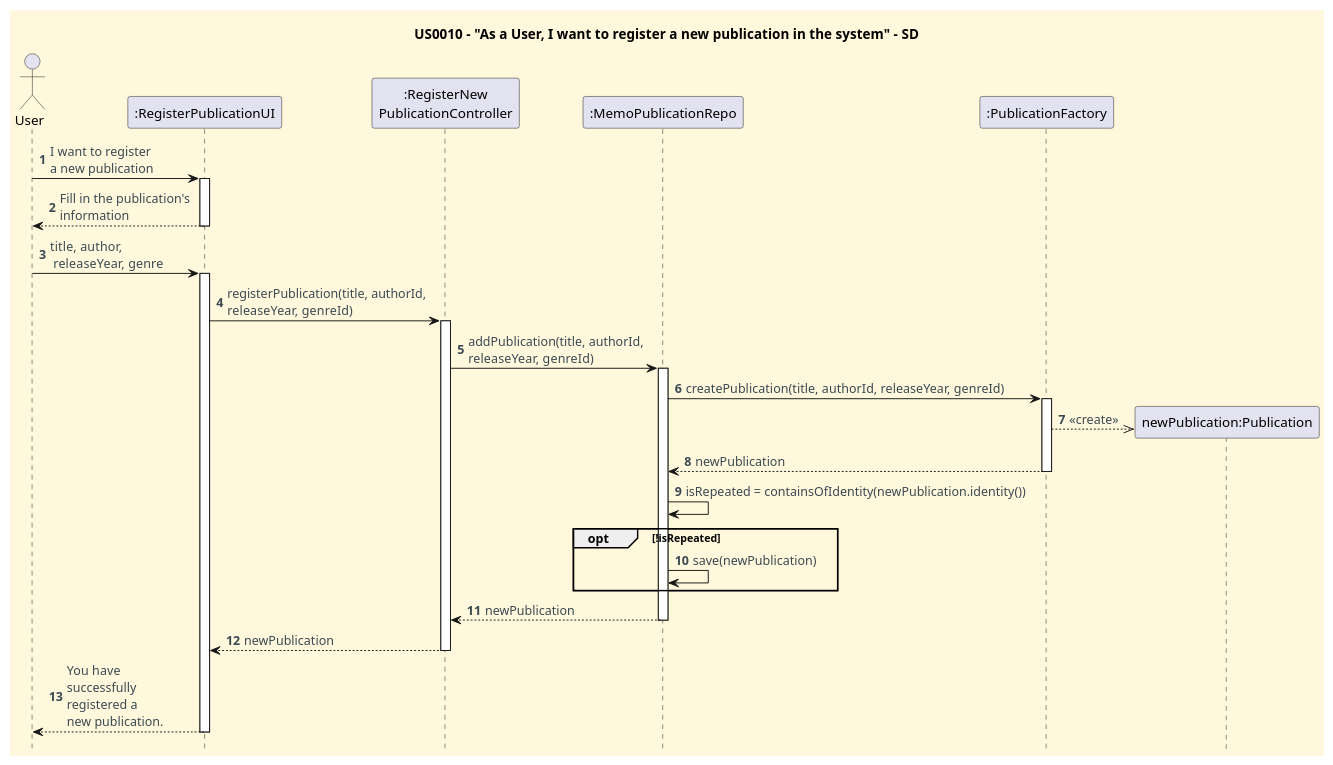
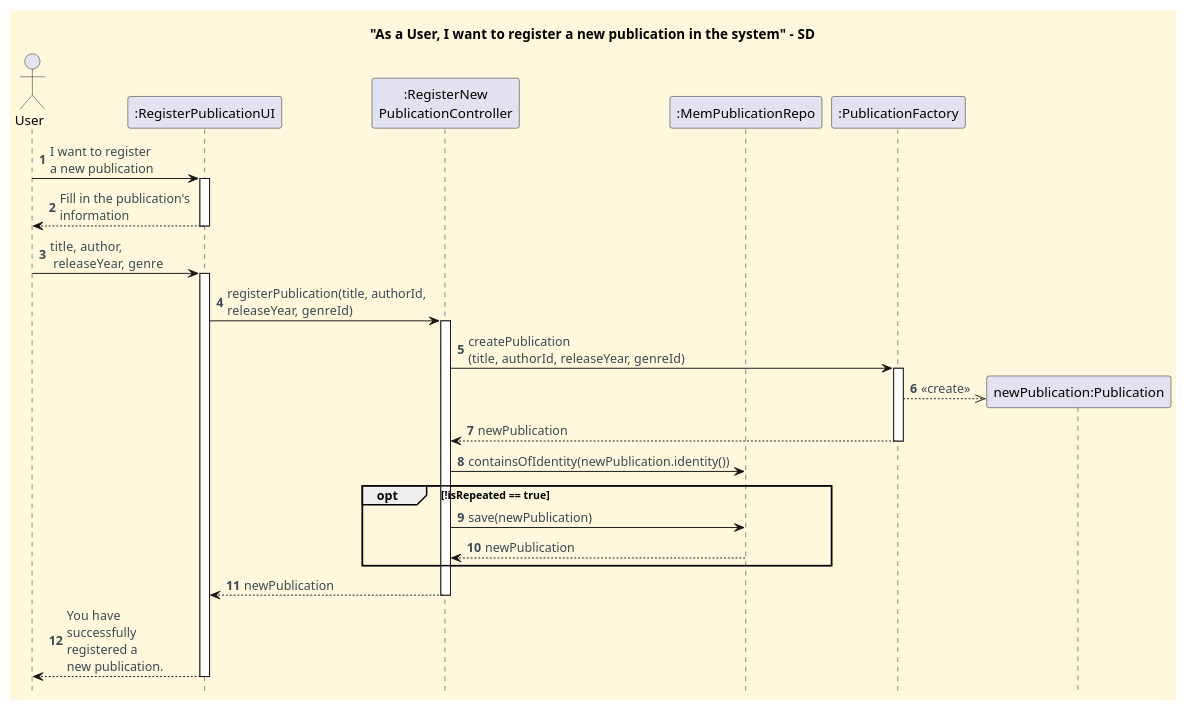
The diagram in docs/user-stories/US010/US010_register_new_publication_SD.puml (CarolinaLeite-collab/JavaMarketplacePlatform), drawn with PlantUML before and after one commit.

Commit message:
refactor: move repository method usage from IPublicationRepo to controllers in sequence diagrams (#600)

```diff
--- a/docs/user-stories/US010/US010_register_new_publication_SD.puml
+++ b/docs/user-stories/US010/US010_register_new_publication_SD.puml
@@ -1,64 +1,60 @@
 @startuml
-title US0010 - "As a User, I want to register a new publication in the system" - SD
+title "As a User, I want to register a new publication in the system" - SD
 
 '==== basic style ====
 skinparam monochrome false
 skinparam shadowing false
 skinparam defaultFontName Futura
 skinparam objectFontSize 20
 skinparam backgroundColor CornSilk
 skinparam objectBackgroundColor WhiteSmoke
 skinparam noteBackgroundColor #FFFFE0
 skinparam ArrowFontColor #3B4953
 skinparam ActivationBackgroundColor black
 hidefootbox
 autonumber
 
 ' --- Actor and participants ---
 actor User
 participant ":RegisterPublicationUI" as UI
 participant ":RegisterNew\nPublicationController" as Ctl
-participant ":MemoPublicationRepo" as PR
+participant ":MemPublicationRepo" as PR
 participant ":PublicationFactory" as PF
 
 ' --- UI interaction ---
 User -> UI: I want to register \na new publication
 activate UI
 UI --> User: Fill in the publication's \ninformation
 deactivate UI
 
 User -> UI: title, author, \n releaseYear, genre
 activate UI
 
 ' --- Use case execution ---
 UI -> Ctl: registerPublication(title, authorId, \nreleaseYear, genreId)
 activate Ctl
-Ctl -> PR: addPublication(title, authorId, \nreleaseYear, genreId)
-activate PR
+
 
 ' --- Creation  ---
-PR -> PF: createPublication(title, authorId, releaseYear, genreId)
+Ctl -> PF: createPublication\n(title, authorId, releaseYear, genreId)
 activate PF
 create "newPublication:Publication"
 PF -->> "newPublication:Publication": <<create>>
-PF --> PR: newPublication
+PF --> Ctl: newPublication
 deactivate PF
 
 ' --- Duplication check ---
-PR -> PR : isRepeated = containsOfIdentity(newPublication.identity())
-    opt !isRepeated
-            PR -> PR: save(newPublication)
+Ctl -> PR : containsOfIdentity(newPublication.identity())
+    opt !isRepeated == true
+            Ctl -> PR: save(newPublication)
+PR --> Ctl: newPublication
     end
 
+deactivate PR
 
-
-' --- Storage ---
-
-PR --> Ctl: newPublication
-deactivate PR
 Ctl --> UI: newPublication
 deactivate Ctl
 
 UI --> User: You have \nsuccessfully \nregistered a \nnew publication.
 deactivate UI
 @enduml
```
